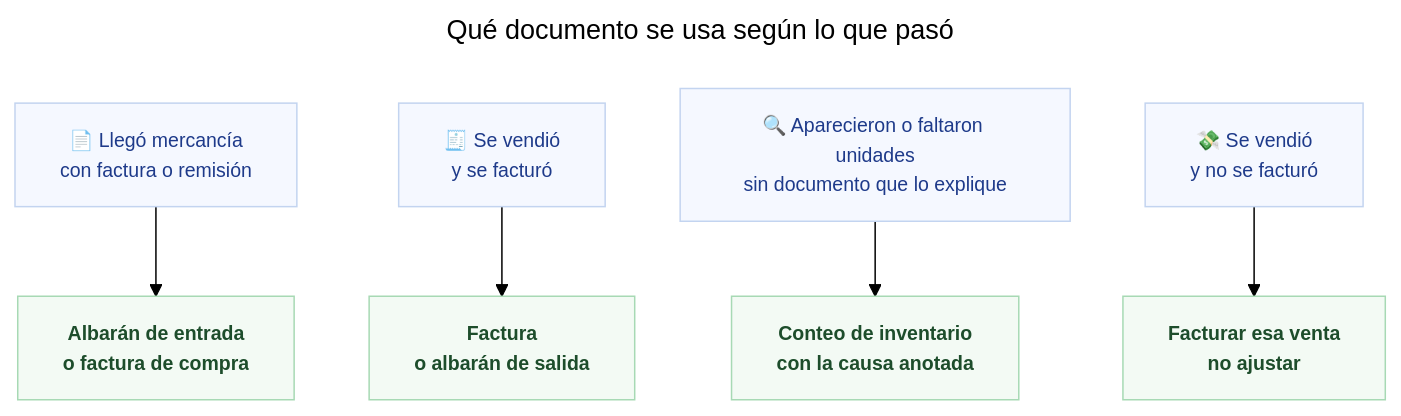
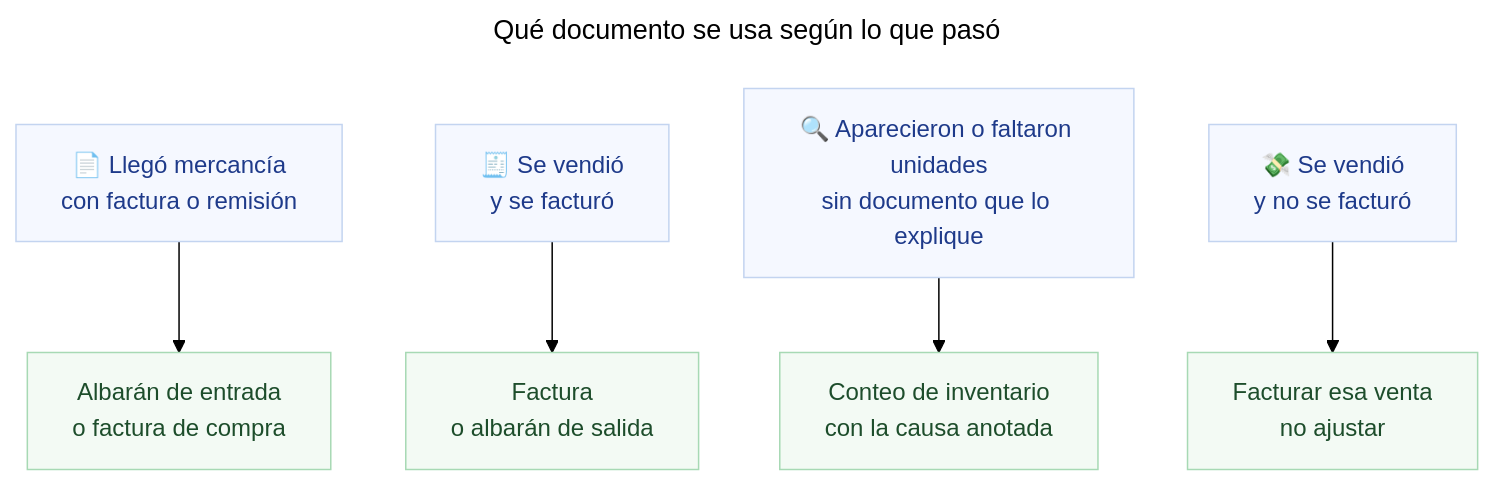
The second of 2 diagrams in ada/qa/e2e-conteo-de-inventario.md (sotobotero/sotobotero-projects-docs), drawn with Mermaid (forest theme) before and after one commit. The commit also changed other lines of this file and 6 other files, not shown here.

````diff
--- a/ada/qa/e2e-conteo-de-inventario.md
+++ b/ada/qa/e2e-conteo-de-inventario.md
@@ -38,22 +38,22 @@
 ```mermaid
 ---
 title: Qué documento se usa según lo que pasó
 ---
 flowchart TB
     A["📄 Llegó mercancía<br/>con factura o remisión"]:::contexto
     B["🧾 Se vendió<br/>y se facturó"]:::contexto
     C["🔍 Aparecieron o faltaron unidades<br/>sin documento que lo explique"]:::contexto
     D["💸 Se vendió<br/>y no se facturó"]:::contexto
     A2["Albarán de entrada<br/>o factura de compra"]:::paso
     B2["Factura<br/>o albarán de salida"]:::paso
     C2["Conteo de inventario<br/>con la causa anotada"]:::paso
     D2["Facturar esa venta<br/>no ajustar"]:::paso
 
     A --> A2
     B --> B2
     C --> C2
     D --> D2
 
-    classDef contexto fill:#f5f8ff,stroke:#c3d4f0,stroke-width:1px,color:#1e3a8a,font-size:13px
-    classDef paso fill:#f3faf4,stroke:#a7d9b4,stroke-width:1px,color:#1d4d2b,font-size:13px,font-weight:600
+    classDef contexto fill:#f5f8ff,stroke:#c3d4f0,stroke-width:1px,color:#1e3a8a
+    classDef paso fill:#f3faf4,stroke:#a7d9b4,stroke-width:1px,color:#1d4d2b
 ```
````
